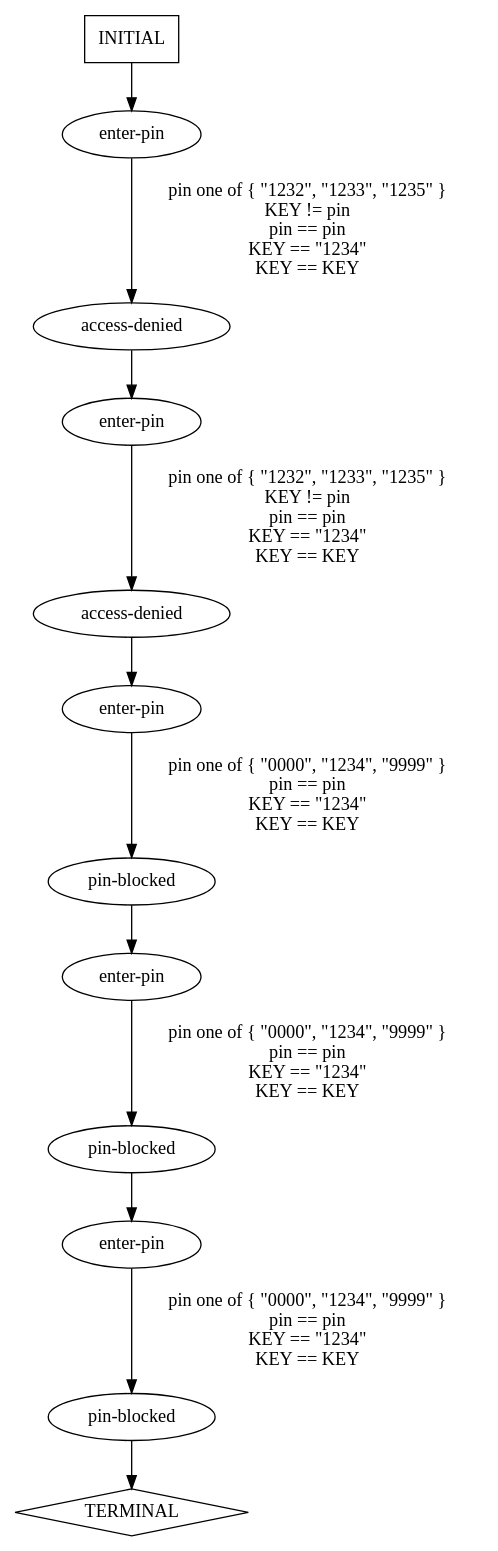
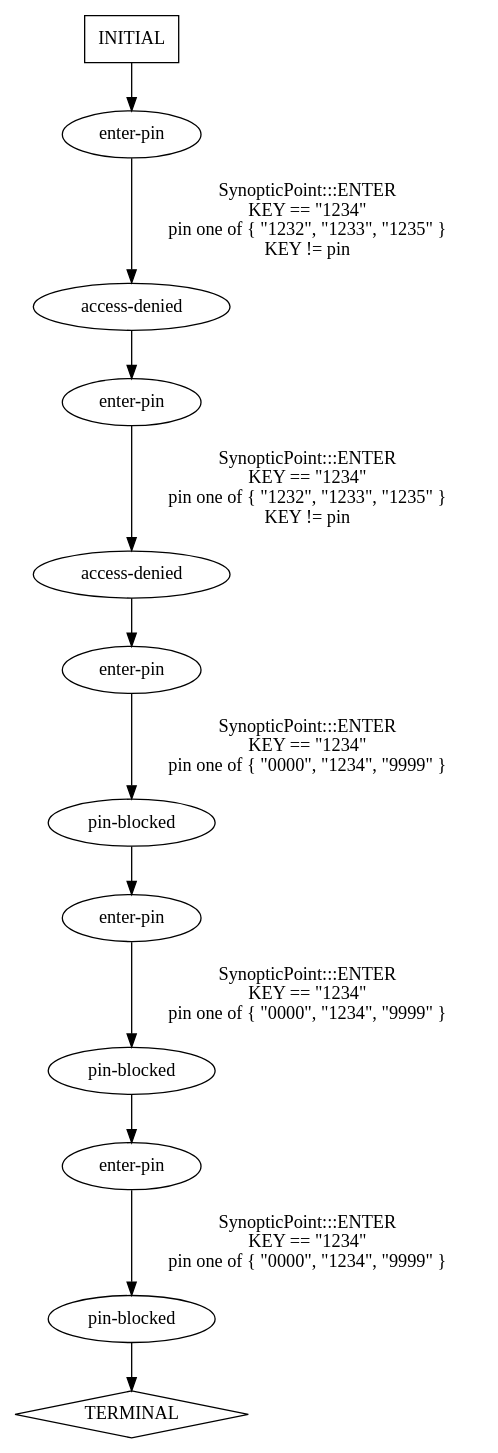
Before and after one commit to ModelInference/synoptic: the diagram in traces/abstract/verify-pin/predicted-paths/verify-pin-test12.dot, drawn with Graphviz. The commit also changed 73 other files, not shown here.

```diff
--- a/traces/abstract/verify-pin/predicted-paths/verify-pin-test12.dot
+++ b/traces/abstract/verify-pin/predicted-paths/verify-pin-test12.dot
@@ -1,25 +1,25 @@
 digraph {
   0 [label="access-denied"];
   1 [label="access-denied"];
   2 [label="enter-pin"];
   3 [label="enter-pin"];
   4 [label="enter-pin"];
   5 [label="enter-pin"];
   6 [label="enter-pin"];
   7 [label="pin-blocked"];
   8 [label="pin-blocked"];
   9 [label="pin-blocked"];
   10 [label="TERMINAL",shape=diamond];
   11 [label="INITIAL",shape=box];
 0->3 [label="",];
 1->4 [label="",];
-2->0 [label="pin one of { \"1232\", \"1233\", \"1235\" }\nKEY != pin\npin == pin\nKEY == \"1234\"\nKEY == KEY",];
-3->1 [label="pin one of { \"1232\", \"1233\", \"1235\" }\nKEY != pin\npin == pin\nKEY == \"1234\"\nKEY == KEY",];
-4->7 [label="pin one of { \"0000\", \"1234\", \"9999\" }\npin == pin\nKEY == \"1234\"\nKEY == KEY",];
-5->8 [label="pin one of { \"0000\", \"1234\", \"9999\" }\npin == pin\nKEY == \"1234\"\nKEY == KEY",];
-6->9 [label="pin one of { \"0000\", \"1234\", \"9999\" }\npin == pin\nKEY == \"1234\"\nKEY == KEY",];
+2->0 [label="SynopticPoint:::ENTER\nKEY == \"1234\"\npin one of { \"1232\", \"1233\", \"1235\" }\nKEY != pin\n",];
+3->1 [label="SynopticPoint:::ENTER\nKEY == \"1234\"\npin one of { \"1232\", \"1233\", \"1235\" }\nKEY != pin\n",];
+4->7 [label="SynopticPoint:::ENTER\nKEY == \"1234\"\npin one of { \"0000\", \"1234\", \"9999\" }\n",];
+5->8 [label="SynopticPoint:::ENTER\nKEY == \"1234\"\npin one of { \"0000\", \"1234\", \"9999\" }\n",];
+6->9 [label="SynopticPoint:::ENTER\nKEY == \"1234\"\npin one of { \"0000\", \"1234\", \"9999\" }\n",];
 7->5 [label="",];
 8->6 [label="",];
 9->10 [label="",];
 11->2 [label="",];
 } // digraph {
```
